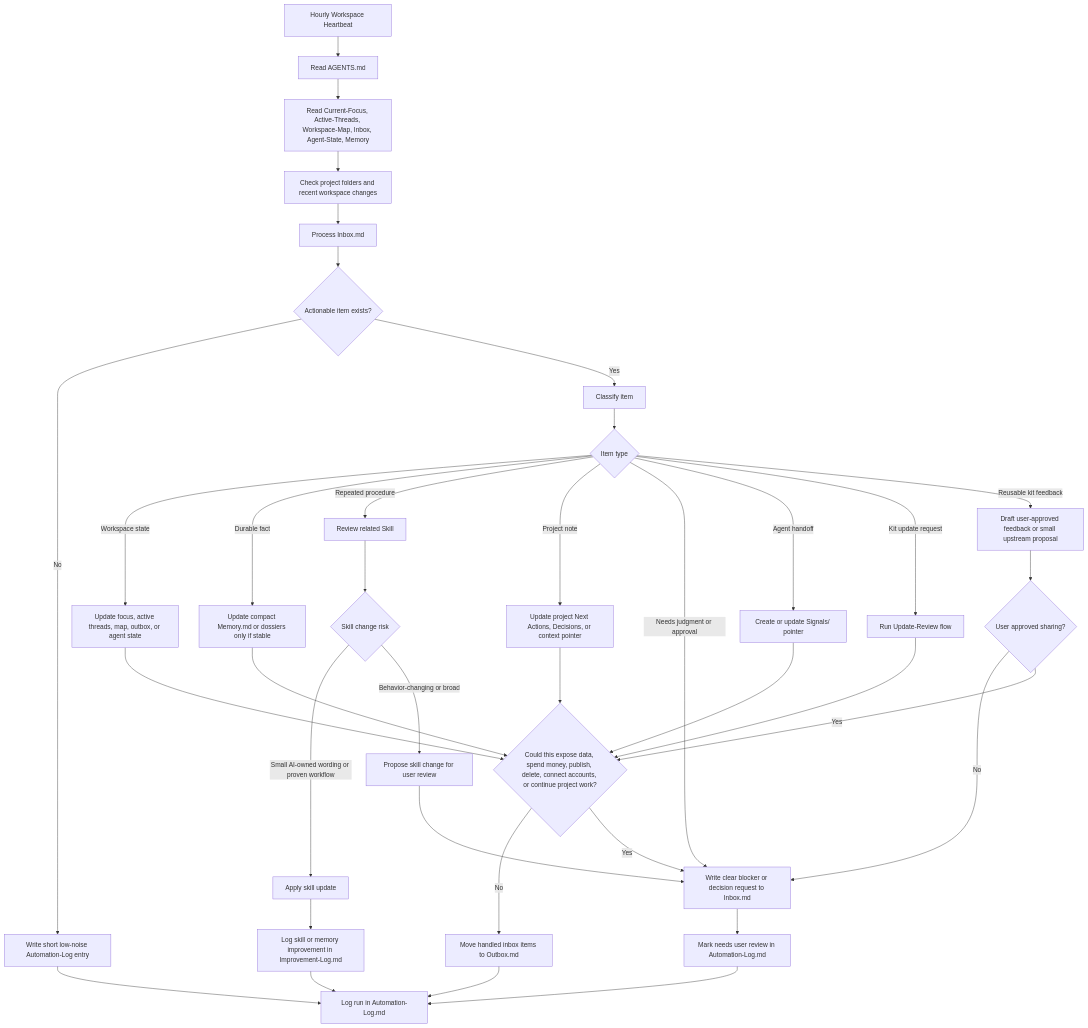
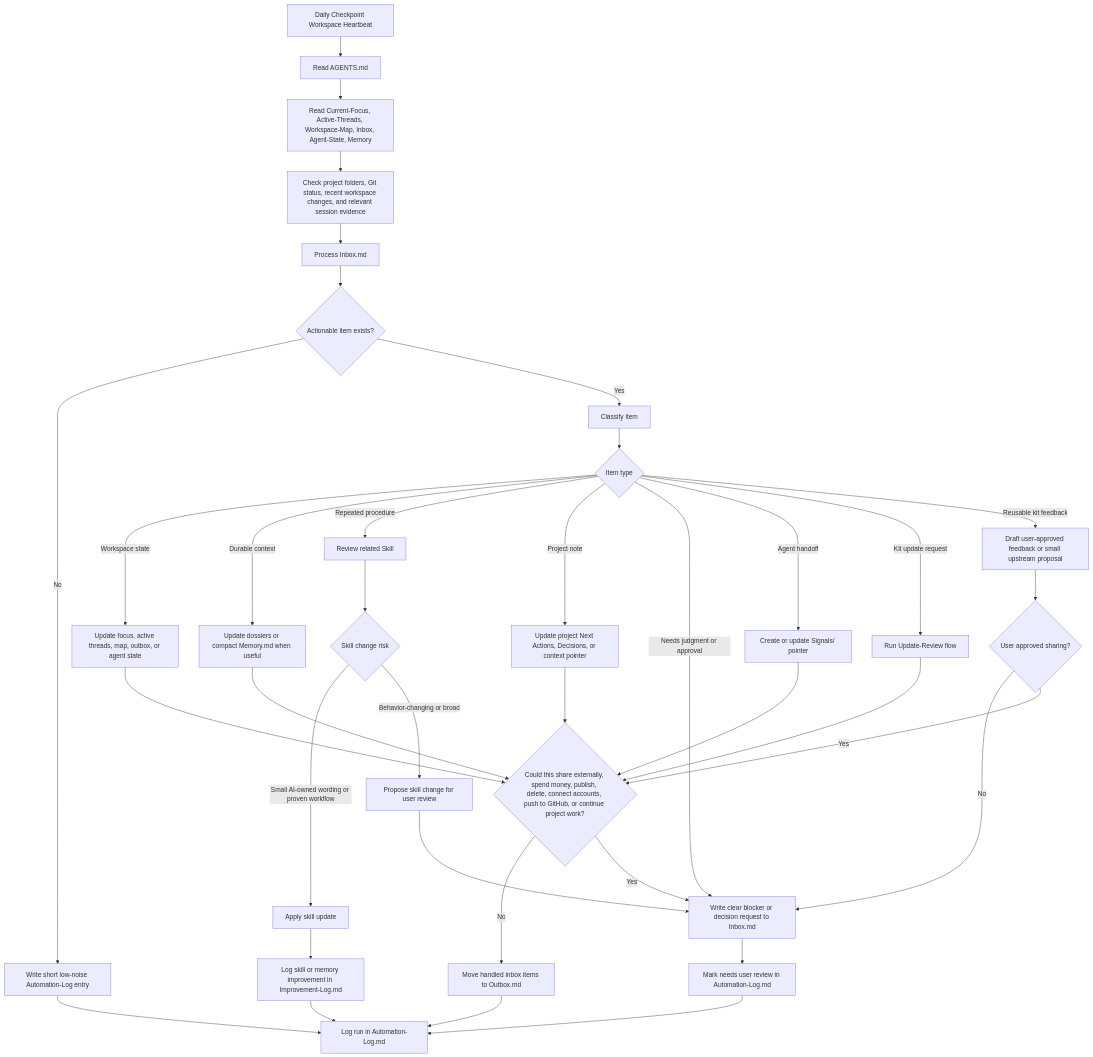
One commit to V-Andriy/business-ai-starter-kit changed the diagram in Architecture/self-improvement-loop.md. Above: the diagram before and after it, drawn with Mermaid. The commit also changed other lines of this file and 22 other files, not shown here.

Commit message:
Revise docs for daily checkpoint heartbeat and GitHub backup

````diff
--- a/Architecture/self-improvement-loop.md
+++ b/Architecture/self-improvement-loop.md
@@ -8,44 +8,44 @@
 ```mermaid
 flowchart TD
-  Start["Hourly Workspace Heartbeat"] --> ReadRules["Read AGENTS.md"]
+  Start["Daily Checkpoint Workspace Heartbeat"] --> ReadRules["Read AGENTS.md"]
   ReadRules --> ReadState["Read Current-Focus, Active-Threads, Workspace-Map, Inbox, Agent-State, Memory"]
-  ReadState --> DetectChanges["Check project folders and recent workspace changes"]
+  ReadState --> DetectChanges["Check project folders, Git status, recent workspace changes, and relevant session evidence"]
   DetectChanges --> ProcessInbox["Process Inbox.md"]
 
   ProcessInbox --> Item{"Actionable item exists?"}
   Item -- "No" --> Quiet["Write short low-noise Automation-Log entry"]
   Item -- "Yes" --> Classify["Classify item"]
 
   Classify --> ItemType{"Item type"}
   ItemType -- "Workspace state" --> StateUpdate["Update focus, active threads, map, outbox, or agent state"]
-  ItemType -- "Durable fact" --> MemoryUpdate["Update compact Memory.md or dossiers only if stable"]
+  ItemType -- "Durable context" --> MemoryUpdate["Update dossiers or compact Memory.md when useful"]
   ItemType -- "Repeated procedure" --> SkillReview["Review related Skill"]
   ItemType -- "Project note" --> ProjectNote["Update project Next Actions, Decisions, or context pointer"]
   ItemType -- "Needs judgment or approval" --> DecisionNote["Write clear blocker or decision request to Inbox.md"]
   ItemType -- "Agent handoff" --> Signal["Create or update Signals/ pointer"]
   ItemType -- "Kit update request" --> UpdateReview["Run Update-Review flow"]
   ItemType -- "Reusable kit feedback" --> KitFeedback["Draft user-approved feedback or small upstream proposal"]
 
   SkillReview --> SkillRisk{"Skill change risk"}
   SkillRisk -- "Small AI-owned wording or proven workflow" --> SkillApply["Apply skill update"]
   SkillRisk -- "Behavior-changing or broad" --> SkillPropose["Propose skill change for user review"]
 
-  StateUpdate --> SafetyCheck{"Could this expose data, spend money, publish, delete, connect accounts, or continue project work?"}
+  StateUpdate --> SafetyCheck{"Could this share externally, spend money, publish, delete, connect accounts, push to GitHub, or continue project work?"}
   MemoryUpdate --> SafetyCheck
   ProjectNote --> SafetyCheck
   Signal --> SafetyCheck
   UpdateReview --> SafetyCheck
   KitFeedback --> Approval{"User approved sharing?"}
   SkillApply --> ImprovementLog["Log skill or memory improvement in Improvement-Log.md"]
   SkillPropose --> DecisionNote
   Approval -- "No" --> DecisionNote
   Approval -- "Yes" --> SafetyCheck
 
   SafetyCheck -- "No" --> Outbox["Move handled inbox items to Outbox.md"]
   SafetyCheck -- "Yes" --> DecisionNote
   DecisionNote --> NeedsReview["Mark needs user review in Automation-Log.md"]
   Outbox --> RunLog["Log run in Automation-Log.md"]
   Quiet --> RunLog
   ImprovementLog --> RunLog
   NeedsReview --> RunLog
 ```
````
